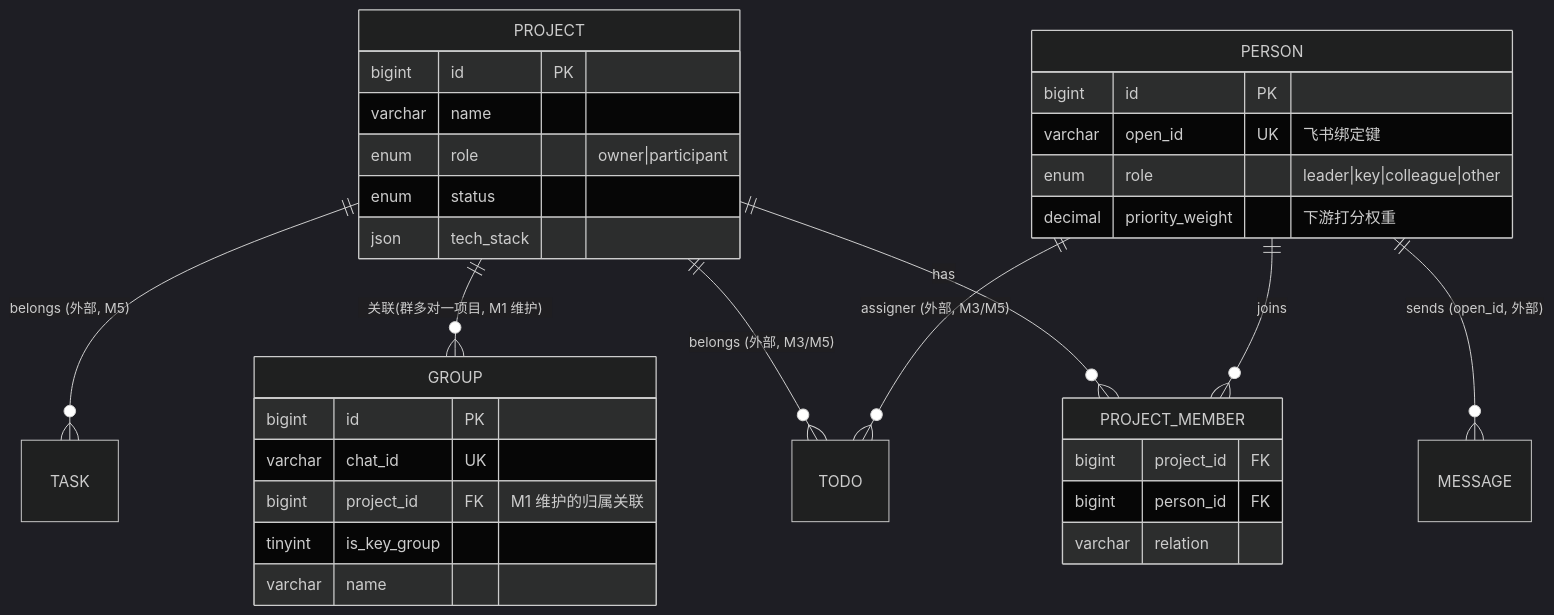
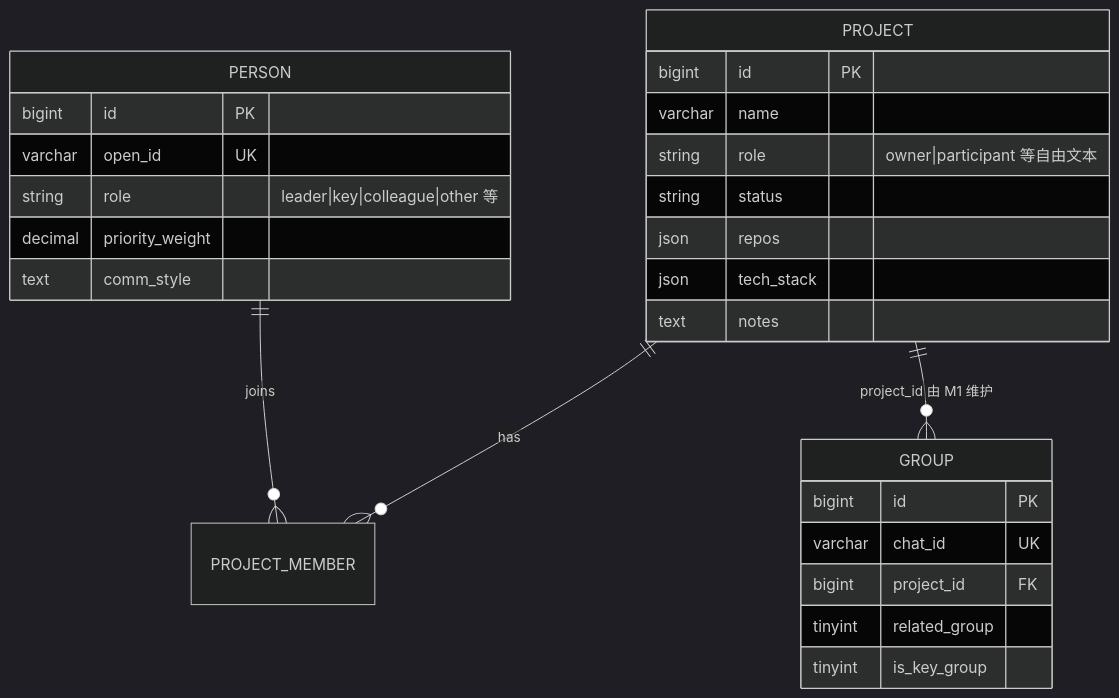
One commit to mjscjj/jarvis changed the diagram in docs/modules/01-background.md. Above: the diagram before and after it, drawn with Mermaid (dark theme). The commit also changed other lines of this file and 20 other files, not shown here.

````diff
--- a/docs/modules/01-background.md
+++ b/docs/modules/01-background.md
@@ -37,36 +24,29 @@
 ```mermaid
 erDiagram
     PROJECT ||--o{ PROJECT_MEMBER : has
     PERSON  ||--o{ PROJECT_MEMBER : joins
-    PROJECT ||--o{ GROUP   : "关联(群多对一项目, M1 维护)"
-    PERSON  ||--o{ MESSAGE : "sends (open_id, 外部)"
-    PROJECT ||--o{ TODO    : "belongs (外部, M3/M5)"
-    PERSON  ||--o{ TODO    : "assigner (外部, M3/M5)"
-    PROJECT ||--o{ TASK    : "belongs (外部, M5)"
-
+    PROJECT ||--o{ GROUP : "project_id 由 M1 维护"
     PROJECT {
         bigint id PK
         varchar name
-        enum   role "owner|participant"
-        enum   status
-        json   tech_stack
+        string role "owner|participant 等自由文本"
+        string status
+        json repos
+        json tech_stack
+        text notes
     }
     PERSON {
-        bigint  id PK
-        varchar open_id UK "飞书绑定键"
-        enum    role "leader|key|colleague|other"
-        decimal priority_weight "下游打分权重"
-    }
-    PROJECT_MEMBER {
-        bigint project_id FK
-        bigint person_id  FK
-        varchar relation
+        bigint id PK
+        varchar open_id UK
+        string role "leader|key|colleague|other 等"
+        decimal priority_weight
+        text comm_style
     }
     GROUP {
         bigint id PK
         varchar chat_id UK
-        bigint  project_id FK "M1 维护的归属关联"
+        bigint project_id FK
+        tinyint related_group
         tinyint is_key_group
-        varchar name
     }
 ```
````
